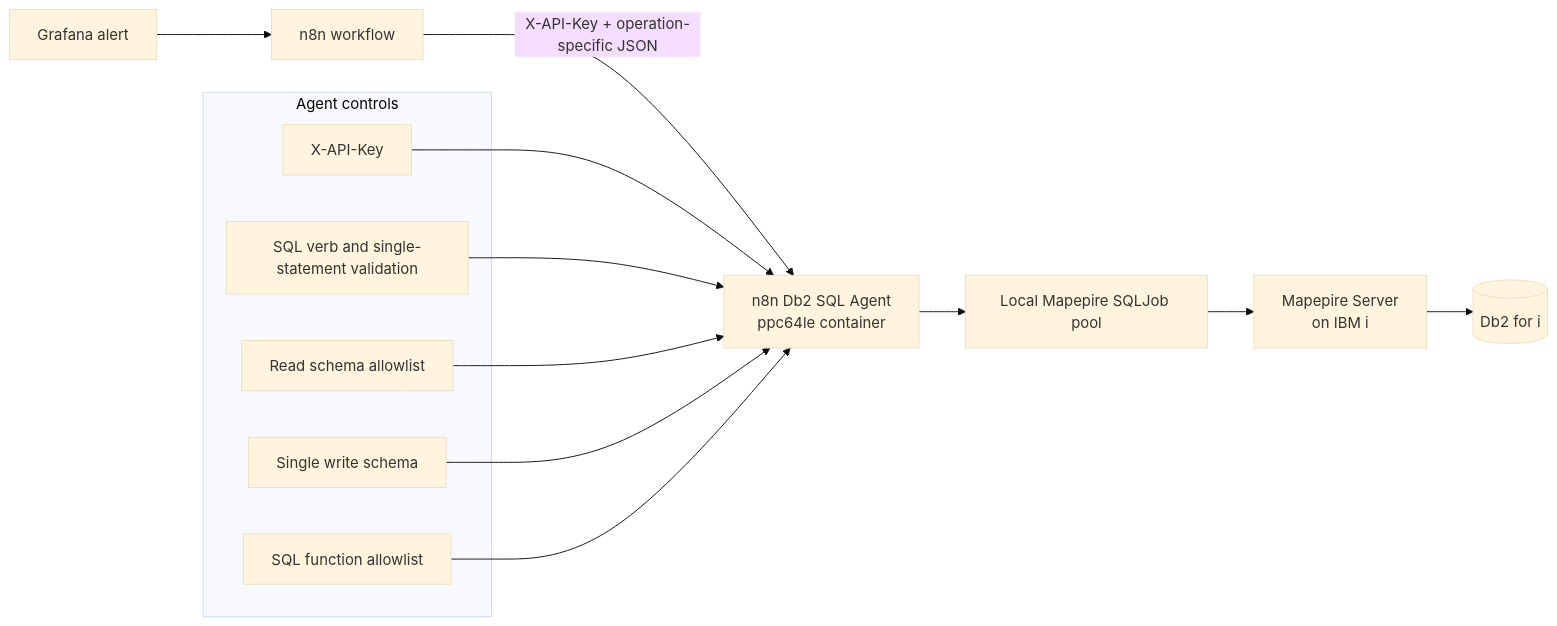
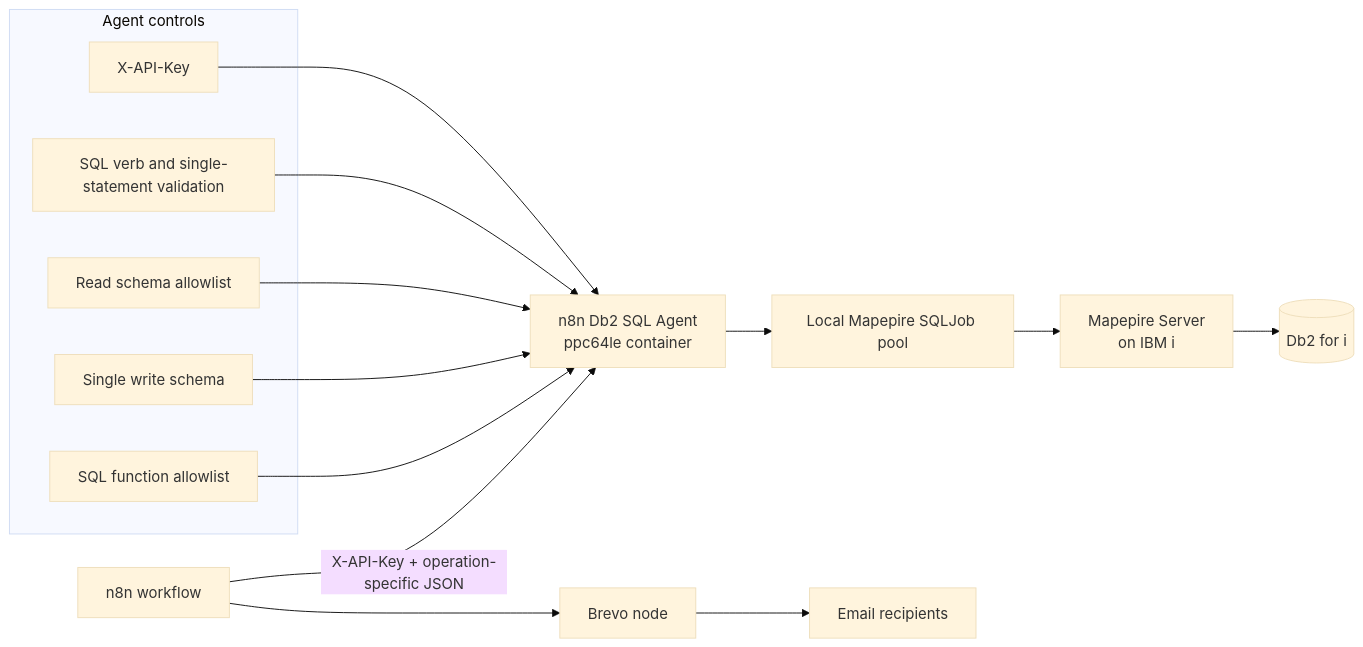
The diagram in ARCHITECTURE.mmd (NicolaeCh/n8n-db2fori-sql-agent-ppc64le), drawn with Mermaid (base theme) before and after one commit. The commit also changed 14 other files, not shown here.

```diff
--- a/ARCHITECTURE.mmd
+++ b/ARCHITECTURE.mmd
@@ -1,19 +1,20 @@
 flowchart LR
-  G[Grafana alert] --> N[n8n workflow]
-  N -->|X-API-Key + operation-specific JSON| A[n8n Db2 SQL Agent<br/>ppc64le container]
+  N[n8n workflow] -->|X-API-Key + operation-specific JSON| A[n8n Db2 SQL Agent<br/>ppc64le container]
   A --> P[Local Mapepire SQLJob pool]
   P --> M[Mapepire Server<br/>on IBM i]
   M --> D[(Db2 for i)]
+  N --> B[Brevo node]
+  B --> E[Email recipients]
 
   subgraph Agent controls
     K[X-API-Key]
     V[SQL verb and single-statement validation]
     R[Read schema allowlist]
     W[Single write schema]
     F[SQL function allowlist]
   end
   K --> A
   V --> A
   R --> A
   W --> A
   F --> A
```
